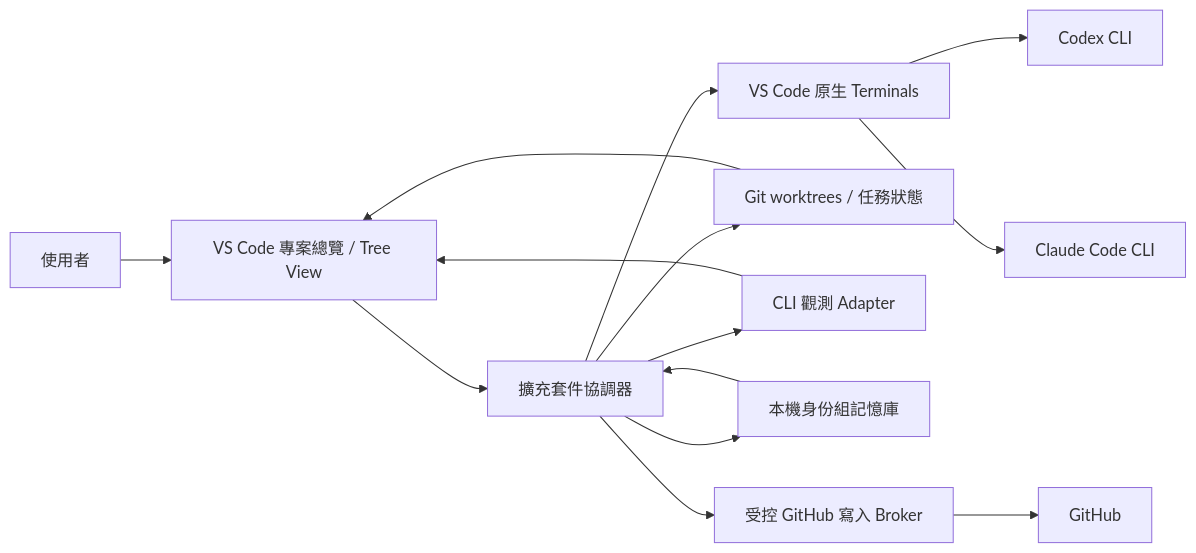
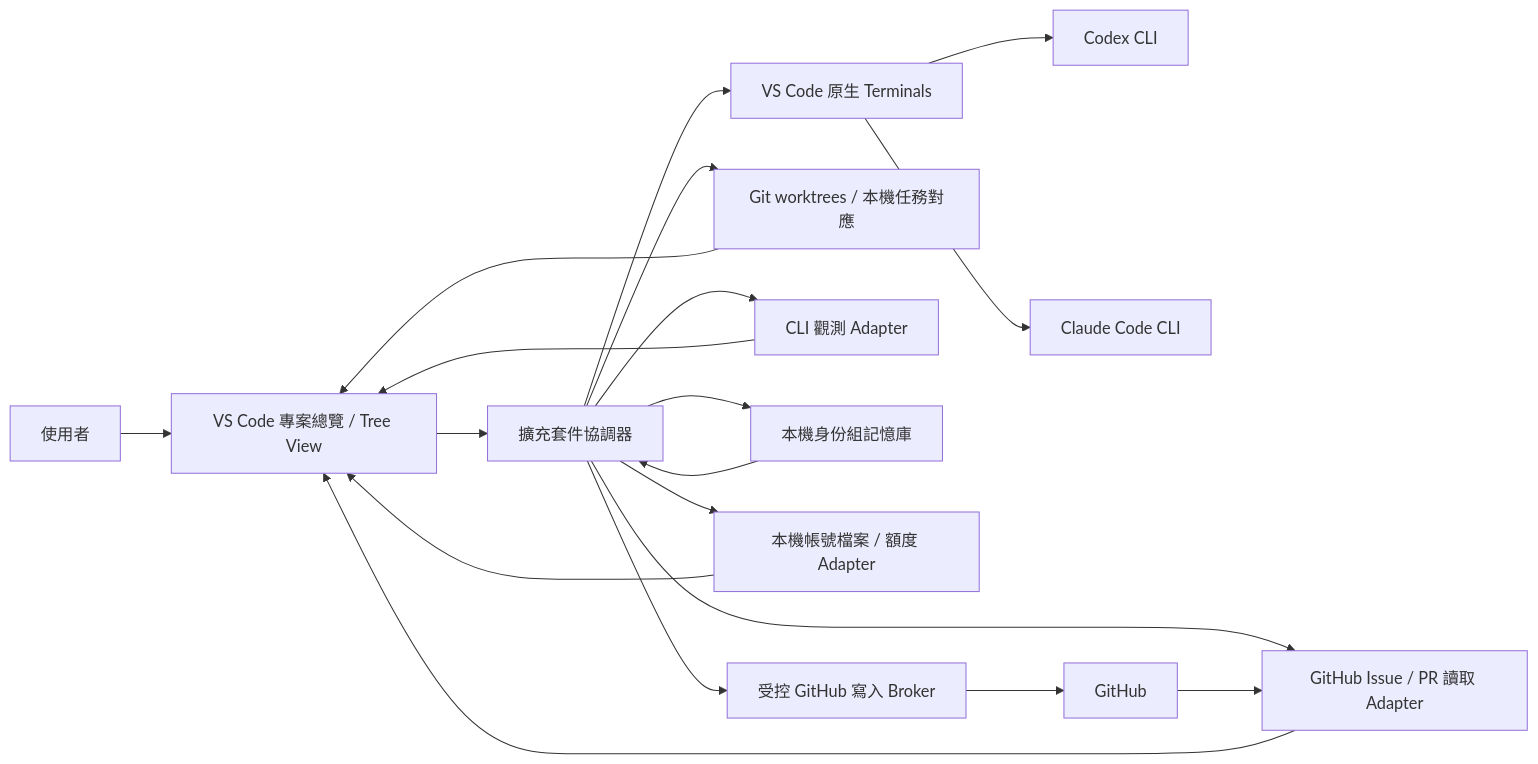
The diagram in docs/IMPLEMENTATION_PLAN.md (Disesfgewu/multiagentSystem), drawn with Mermaid before and after one commit. The commit also changed other lines of this file and 1 other file, not shown here.

Commit message:
docs: define issue workflow and account controls

````diff
--- a/docs/IMPLEMENTATION_PLAN.md
+++ b/docs/IMPLEMENTATION_PLAN.md
@@ -42,16 +48,21 @@
 ```mermaid
 flowchart LR
     U[使用者] --> UI[VS Code 專案總覽 / Tree View]
     UI --> O[擴充套件協調器]
     O --> T[VS Code 原生 Terminals]
     T --> C[Codex CLI]
     T --> A[Claude Code CLI]
-    O --> W[Git worktrees / 任務狀態]
+    O --> W[Git worktrees / 本機任務對應]
     O --> P[CLI 觀測 Adapter]
     O --> M[本機身份組記憶庫]
+    O --> AC[本機帳號檔案 / 額度 Adapter]
+    O --> R[GitHub Issue / PR 讀取 Adapter]
     O --> B[受控 GitHub 寫入 Broker]
     B --> G[GitHub]
+    G --> R
+    R --> UI
     P --> UI
+    AC --> UI
     W --> UI
     M --> O
 ```
````
